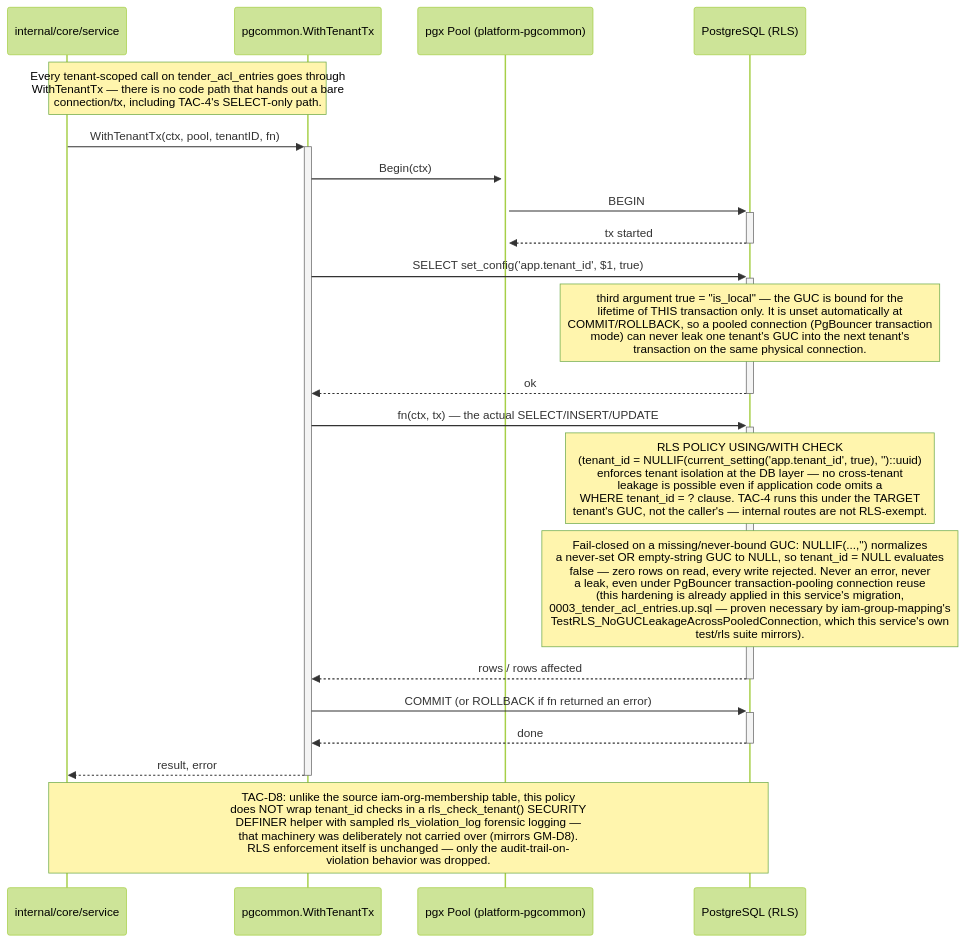
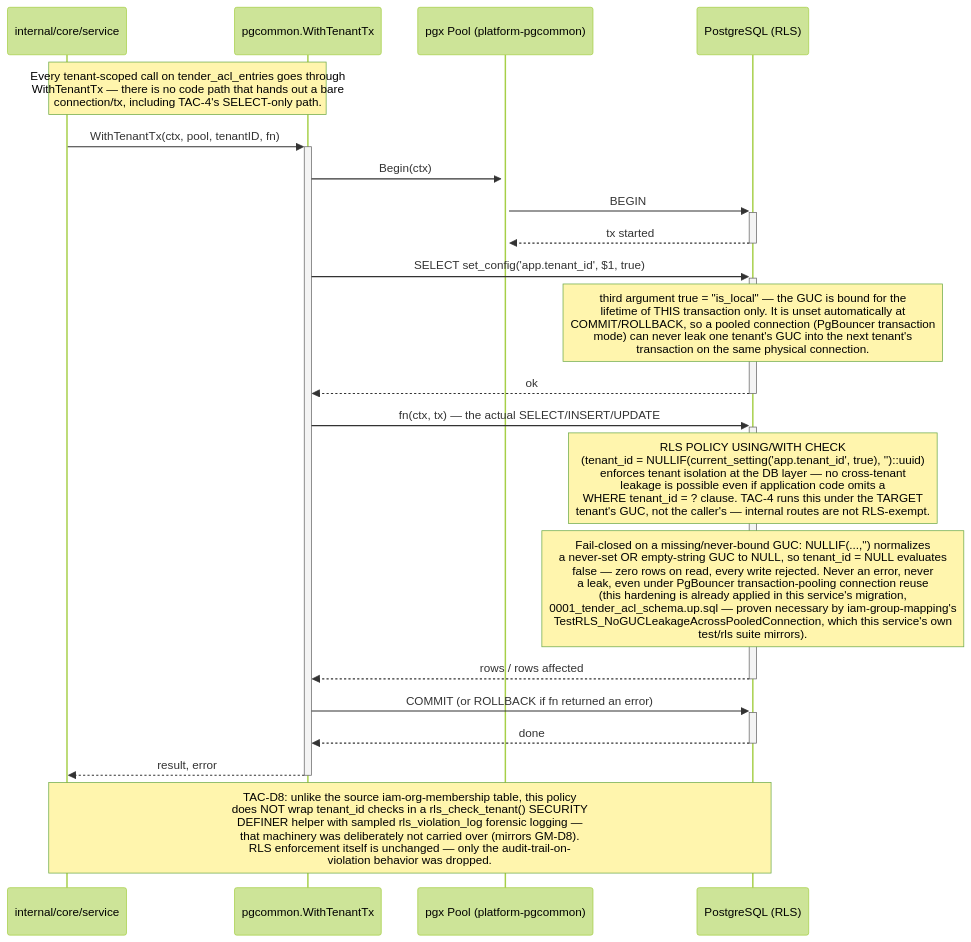
One commit to BCBP-SOLUTIONS-FZC-LLC/iam-tender-acl changed the seventh of 7 diagrams in ARCHITECTURE.md. Above: the diagram before and after it, drawn with Mermaid (forest theme). The commit also changed other lines of this file and 24 other files, not shown here.

````diff
--- a/ARCHITECTURE.md
+++ b/ARCHITECTURE.md
@@ -381,30 +381,30 @@
 ```mermaid
 sequenceDiagram
     participant Caller as internal/core/service
     participant TX as pgcommon.WithTenantTx
     participant Pool as pgx Pool (platform-pgcommon)
     participant DB as PostgreSQL (RLS)
 
     Note over Caller,TX: Every tenant-scoped call on tender_acl_entries goes through<br/>WithTenantTx — there is no code path that hands out a bare<br/>connection/tx, including TAC-4's SELECT-only path.
 
     Caller ->>+ TX: WithTenantTx(ctx, pool, tenantID, fn)
     TX ->>+ Pool: Begin(ctx)
     Pool ->>+ DB: BEGIN
     DB -->>- Pool: tx started
 
     TX ->>+ DB: SELECT set_config('app.tenant_id', $1, true)
     Note over DB: third argument true = "is_local" — the GUC is bound for the<br/>lifetime of THIS transaction only. It is unset automatically at<br/>COMMIT/ROLLBACK, so a pooled connection (PgBouncer transaction<br/>mode) can never leak one tenant's GUC into the next tenant's<br/>transaction on the same physical connection.
     DB -->>- TX: ok
 
     TX ->>+ DB: fn(ctx, tx) — the actual SELECT/INSERT/UPDATE
     Note over DB: RLS POLICY USING/WITH CHECK<br/>(tenant_id = NULLIF(current_setting('app.tenant_id', true), '')::uuid)<br/>enforces tenant isolation at the DB layer — no cross-tenant<br/>leakage is possible even if application code omits a<br/>WHERE tenant_id = ? clause. TAC-4 runs this under the TARGET<br/>tenant's GUC, not the caller's — internal routes are not RLS-exempt.
 
-    Note over DB: Fail-closed on a missing/never-bound GUC: NULLIF(...,'') normalizes<br/>a never-set OR empty-string GUC to NULL, so tenant_id = NULL evaluates<br/>false — zero rows on read, every write rejected. Never an error, never<br/>a leak, even under PgBouncer transaction-pooling connection reuse<br/>(this hardening is already applied in this service's migration,<br/>0003_tender_acl_entries.up.sql — proven necessary by iam-group-mapping's<br/>TestRLS_NoGUCLeakageAcrossPooledConnection, which this service's own<br/>test/rls suite mirrors).
+    Note over DB: Fail-closed on a missing/never-bound GUC: NULLIF(...,'') normalizes<br/>a never-set OR empty-string GUC to NULL, so tenant_id = NULL evaluates<br/>false — zero rows on read, every write rejected. Never an error, never<br/>a leak, even under PgBouncer transaction-pooling connection reuse<br/>(this hardening is already applied in this service's migration,<br/>0001_tender_acl_schema.up.sql — proven necessary by iam-group-mapping's<br/>TestRLS_NoGUCLeakageAcrossPooledConnection, which this service's own<br/>test/rls suite mirrors).
 
     DB -->>- TX: rows / rows affected
     TX ->>+ DB: COMMIT (or ROLLBACK if fn returned an error)
     DB -->>- TX: done
     TX -->>- Caller: result, error
 
     Note over Caller,DB: TAC-D8: unlike the source iam-org-membership table, this policy<br/>does NOT wrap tenant_id checks in a rls_check_tenant() SECURITY<br/>DEFINER helper with sampled rls_violation_log forensic logging —<br/>that machinery was deliberately not carried over (mirrors GM-D8).<br/>RLS enforcement itself is unchanged — only the audit-trail-on-<br/>violation behavior was dropped.
 ```
````
